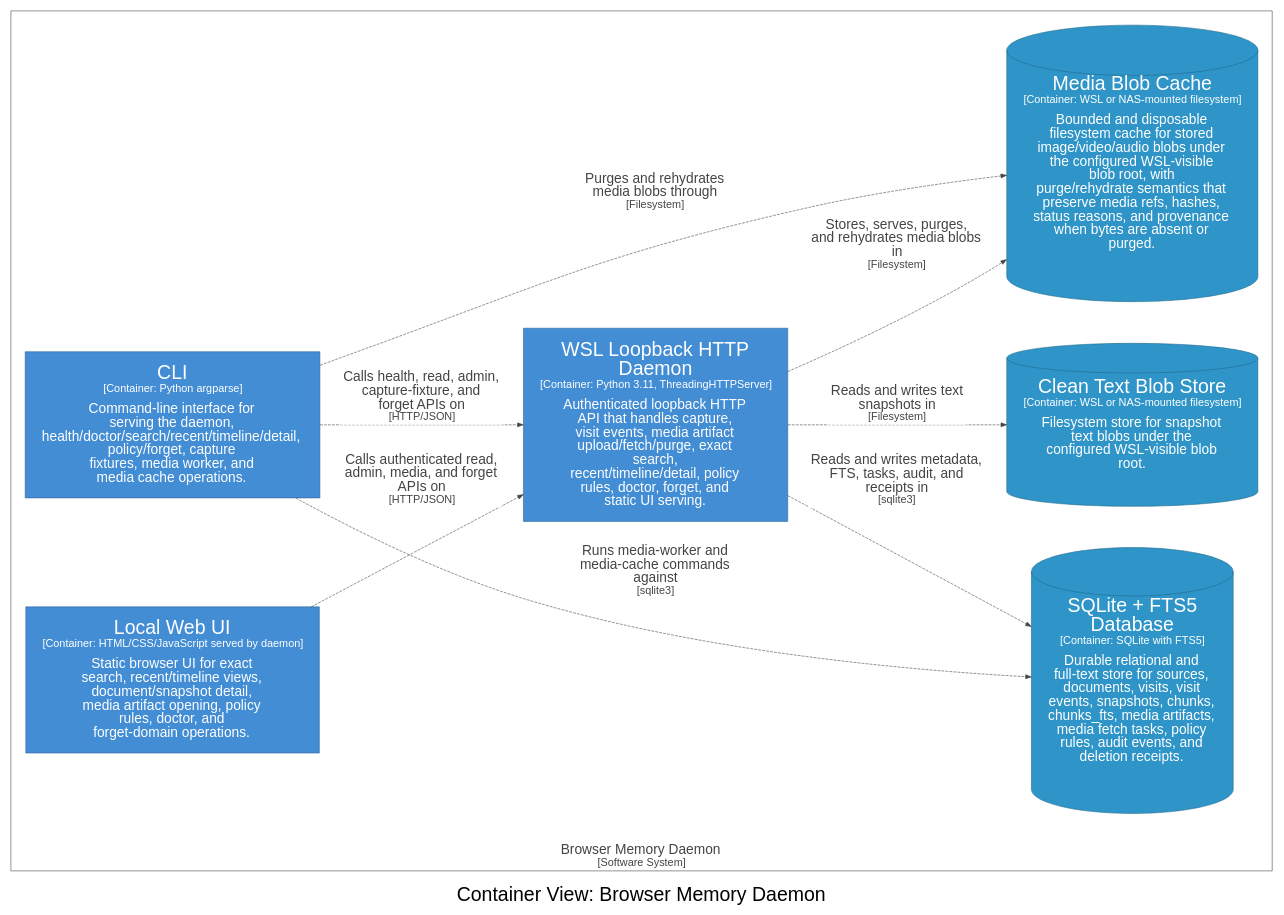
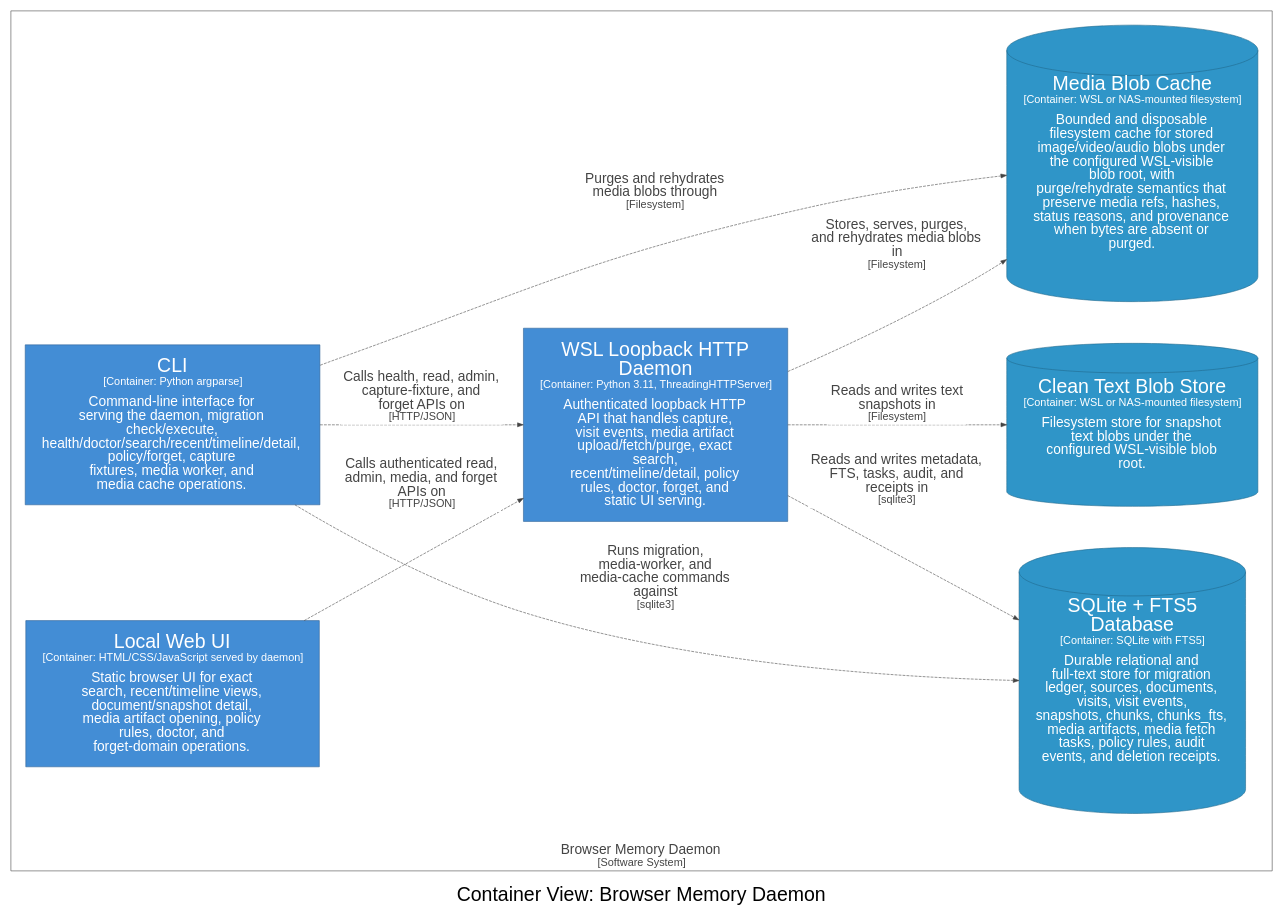
One commit to michaelnicks0/browser-memory-daemon changed the diagram in docs/architecture/diagrams/dot/structurizr-OpsContainers.dot. Above: the diagram before and after it, drawn with Graphviz. The commit also changed 180 other files, not shown here.

Commit message:
feat(db): add versioned migration ledger and compatibility checks

```diff
--- a/docs/architecture/diagrams/dot/structurizr-OpsContainers.dot
+++ b/docs/architecture/diagrams/dot/structurizr-OpsContainers.dot
@@ -1,32 +1,32 @@
 digraph {
   compound=true
   graph [fontname="Arial", rankdir=LR, ranksep=1.0, nodesep=1.0]
   node [fontname="Arial", shape=box, margin="0.4,0.3"]
   edge [fontname="Arial"]
   label=<<br /><font point-size="34">Container View: Browser Memory Daemon</font>>
 
   subgraph cluster_4 {
     margin=25
     label=<<font point-size="24"><br />Browser Memory Daemon</font><br /><font point-size="19">[Software System]</font>>
     labelloc=b
     color="#444444"
     fontcolor="#444444"
     fillcolor="#444444"
 
     14 [id=14,shape=rect, label=<<font point-size="34">WSL Loopback HTTP<br />Daemon</font><br /><font point-size="19">[Container: Python 3.11, ThreadingHTTPServer]</font><br /><br /><font point-size="24">Authenticated loopback HTTP<br />API that handles capture,<br />visit events, media artifact<br />upload/fetch/purge, exact<br />search,<br />recent/timeline/detail, policy<br />rules, doctor, forget, and<br />static UI serving.</font>>, style=filled, color="#2e6295", fillcolor="#438dd5", fontcolor="#ffffff"]
-    25 [id=25,shape=rect, label=<<font point-size="34">Local Web UI</font><br /><font point-size="19">[Container: HTML/CSS/JavaScript served by daemon]</font><br /><br /><font point-size="24">Static browser UI for exact<br />search, recent/timeline views,<br />document/snapshot detail,<br />media artifact opening, policy<br />rules, doctor, and<br />forget-domain operations.</font>>, style=filled, color="#2e6295", fillcolor="#438dd5", fontcolor="#ffffff"]
-    26 [id=26,shape=rect, label=<<font point-size="34">CLI</font><br /><font point-size="19">[Container: Python argparse]</font><br /><br /><font point-size="24">Command-line interface for<br />serving the daemon,<br />health/doctor/search/recent/timeline/detail,<br />policy/forget, capture<br />fixtures, media worker, and<br />media cache operations.</font>>, style=filled, color="#2e6295", fillcolor="#438dd5", fontcolor="#ffffff"]
-    27 [id=27,shape=cylinder, label=<<font point-size="34">SQLite + FTS5<br />Database</font><br /><font point-size="19">[Container: SQLite with FTS5]</font><br /><br /><font point-size="24">Durable relational and<br />full-text store for sources,<br />documents, visits, visit<br />events, snapshots, chunks,<br />chunks_fts, media artifacts,<br />media fetch tasks, policy<br />rules, audit events, and<br />deletion receipts.</font>>, style=filled, color="#20688c", fillcolor="#2f95c8", fontcolor="#ffffff"]
-    28 [id=28,shape=cylinder, label=<<font point-size="34">Clean Text Blob Store</font><br /><font point-size="19">[Container: WSL or NAS-mounted filesystem]</font><br /><br /><font point-size="24">Filesystem store for snapshot<br />text blobs under the<br />configured WSL-visible blob<br />root.</font>>, style=filled, color="#20688c", fillcolor="#2f95c8", fontcolor="#ffffff"]
-    29 [id=29,shape=cylinder, label=<<font point-size="34">Media Blob Cache</font><br /><font point-size="19">[Container: WSL or NAS-mounted filesystem]</font><br /><br /><font point-size="24">Bounded and disposable<br />filesystem cache for stored<br />image/video/audio blobs under<br />the configured WSL-visible<br />blob root, with<br />purge/rehydrate semantics that<br />preserve media refs, hashes,<br />status reasons, and provenance<br />when bytes are absent or<br />purged.</font>>, style=filled, color="#20688c", fillcolor="#2f95c8", fontcolor="#ffffff"]
+    26 [id=26,shape=rect, label=<<font point-size="34">Local Web UI</font><br /><font point-size="19">[Container: HTML/CSS/JavaScript served by daemon]</font><br /><br /><font point-size="24">Static browser UI for exact<br />search, recent/timeline views,<br />document/snapshot detail,<br />media artifact opening, policy<br />rules, doctor, and<br />forget-domain operations.</font>>, style=filled, color="#2e6295", fillcolor="#438dd5", fontcolor="#ffffff"]
+    27 [id=27,shape=rect, label=<<font point-size="34">CLI</font><br /><font point-size="19">[Container: Python argparse]</font><br /><br /><font point-size="24">Command-line interface for<br />serving the daemon, migration<br />check/execute,<br />health/doctor/search/recent/timeline/detail,<br />policy/forget, capture<br />fixtures, media worker, and<br />media cache operations.</font>>, style=filled, color="#2e6295", fillcolor="#438dd5", fontcolor="#ffffff"]
+    28 [id=28,shape=cylinder, label=<<font point-size="34">SQLite + FTS5<br />Database</font><br /><font point-size="19">[Container: SQLite with FTS5]</font><br /><br /><font point-size="24">Durable relational and<br />full-text store for migration<br />ledger, sources, documents,<br />visits, visit events,<br />snapshots, chunks, chunks_fts,<br />media artifacts, media fetch<br />tasks, policy rules, audit<br />events, and deletion receipts.</font>>, style=filled, color="#20688c", fillcolor="#2f95c8", fontcolor="#ffffff"]
+    29 [id=29,shape=cylinder, label=<<font point-size="34">Clean Text Blob Store</font><br /><font point-size="19">[Container: WSL or NAS-mounted filesystem]</font><br /><br /><font point-size="24">Filesystem store for snapshot<br />text blobs under the<br />configured WSL-visible blob<br />root.</font>>, style=filled, color="#20688c", fillcolor="#2f95c8", fontcolor="#ffffff"]
+    30 [id=30,shape=cylinder, label=<<font point-size="34">Media Blob Cache</font><br /><font point-size="19">[Container: WSL or NAS-mounted filesystem]</font><br /><br /><font point-size="24">Bounded and disposable<br />filesystem cache for stored<br />image/video/audio blobs under<br />the configured WSL-visible<br />blob root, with<br />purge/rehydrate semantics that<br />preserve media refs, hashes,<br />status reasons, and provenance<br />when bytes are absent or<br />purged.</font>>, style=filled, color="#20688c", fillcolor="#2f95c8", fontcolor="#ffffff"]
   }
 
-  25 -> 14 [id=39, label=<<TABLE BORDER="0" CELLBORDER="0" CELLSPACING="0" CELLPADDING="4" BGCOLOR="white"><TR><TD><font point-size="24">Calls authenticated read,<br />admin, media, and forget<br />APIs on</font><br /><font point-size="19">[HTTP/JSON]</font></TD></TR></TABLE>>, style="dashed", color="#444444", fontcolor="#444444"]
-  26 -> 14 [id=40, label=<<TABLE BORDER="0" CELLBORDER="0" CELLSPACING="0" CELLPADDING="4" BGCOLOR="white"><TR><TD><font point-size="24">Calls health, read, admin,<br />capture-fixture, and<br />forget APIs on</font><br /><font point-size="19">[HTTP/JSON]</font></TD></TR></TABLE>>, style="dashed", color="#444444", fontcolor="#444444"]
-  26 -> 27 [id=41, label=<<TABLE BORDER="0" CELLBORDER="0" CELLSPACING="0" CELLPADDING="4" BGCOLOR="white"><TR><TD><font point-size="24">Runs media-worker and<br />media-cache commands<br />against</font><br /><font point-size="19">[sqlite3]</font></TD></TR></TABLE>>, style="dashed", color="#444444", fontcolor="#444444"]
-  26 -> 29 [id=42, label=<<TABLE BORDER="0" CELLBORDER="0" CELLSPACING="0" CELLPADDING="4" BGCOLOR="white"><TR><TD><font point-size="24">Purges and rehydrates<br />media blobs through</font><br /><font point-size="19">[Filesystem]</font></TD></TR></TABLE>>, style="dashed", color="#444444", fontcolor="#444444"]
-  14 -> 27 [id=43, label=<<TABLE BORDER="0" CELLBORDER="0" CELLSPACING="0" CELLPADDING="4" BGCOLOR="white"><TR><TD><font point-size="24">Reads and writes metadata,<br />FTS, tasks, audit, and<br />receipts in</font><br /><font point-size="19">[sqlite3]</font></TD></TR></TABLE>>, style="dashed", color="#444444", fontcolor="#444444"]
-  14 -> 28 [id=44, label=<<TABLE BORDER="0" CELLBORDER="0" CELLSPACING="0" CELLPADDING="4" BGCOLOR="white"><TR><TD><font point-size="24">Reads and writes text<br />snapshots in</font><br /><font point-size="19">[Filesystem]</font></TD></TR></TABLE>>, style="dashed", color="#444444", fontcolor="#444444"]
-  14 -> 29 [id=45, label=<<TABLE BORDER="0" CELLBORDER="0" CELLSPACING="0" CELLPADDING="4" BGCOLOR="white"><TR><TD><font point-size="24">Stores, serves, purges,<br />and rehydrates media blobs<br />in</font><br /><font point-size="19">[Filesystem]</font></TD></TR></TABLE>>, style="dashed", color="#444444", fontcolor="#444444"]
+  26 -> 14 [id=40, label=<<TABLE BORDER="0" CELLBORDER="0" CELLSPACING="0" CELLPADDING="4" BGCOLOR="white"><TR><TD><font point-size="24">Calls authenticated read,<br />admin, media, and forget<br />APIs on</font><br /><font point-size="19">[HTTP/JSON]</font></TD></TR></TABLE>>, style="dashed", color="#444444", fontcolor="#444444"]
+  27 -> 14 [id=41, label=<<TABLE BORDER="0" CELLBORDER="0" CELLSPACING="0" CELLPADDING="4" BGCOLOR="white"><TR><TD><font point-size="24">Calls health, read, admin,<br />capture-fixture, and<br />forget APIs on</font><br /><font point-size="19">[HTTP/JSON]</font></TD></TR></TABLE>>, style="dashed", color="#444444", fontcolor="#444444"]
+  27 -> 28 [id=42, label=<<TABLE BORDER="0" CELLBORDER="0" CELLSPACING="0" CELLPADDING="4" BGCOLOR="white"><TR><TD><font point-size="24">Runs migration,<br />media-worker, and<br />media-cache commands<br />against</font><br /><font point-size="19">[sqlite3]</font></TD></TR></TABLE>>, style="dashed", color="#444444", fontcolor="#444444"]
+  27 -> 30 [id=43, label=<<TABLE BORDER="0" CELLBORDER="0" CELLSPACING="0" CELLPADDING="4" BGCOLOR="white"><TR><TD><font point-size="24">Purges and rehydrates<br />media blobs through</font><br /><font point-size="19">[Filesystem]</font></TD></TR></TABLE>>, style="dashed", color="#444444", fontcolor="#444444"]
+  14 -> 28 [id=44, label=<<TABLE BORDER="0" CELLBORDER="0" CELLSPACING="0" CELLPADDING="4" BGCOLOR="white"><TR><TD><font point-size="24">Reads and writes metadata,<br />FTS, tasks, audit, and<br />receipts in</font><br /><font point-size="19">[sqlite3]</font></TD></TR></TABLE>>, style="dashed", color="#444444", fontcolor="#444444"]
+  14 -> 29 [id=45, label=<<TABLE BORDER="0" CELLBORDER="0" CELLSPACING="0" CELLPADDING="4" BGCOLOR="white"><TR><TD><font point-size="24">Reads and writes text<br />snapshots in</font><br /><font point-size="19">[Filesystem]</font></TD></TR></TABLE>>, style="dashed", color="#444444", fontcolor="#444444"]
+  14 -> 30 [id=46, label=<<TABLE BORDER="0" CELLBORDER="0" CELLSPACING="0" CELLPADDING="4" BGCOLOR="white"><TR><TD><font point-size="24">Stores, serves, purges,<br />and rehydrates media blobs<br />in</font><br /><font point-size="19">[Filesystem]</font></TD></TR></TABLE>>, style="dashed", color="#444444", fontcolor="#444444"]
 
 }
```
